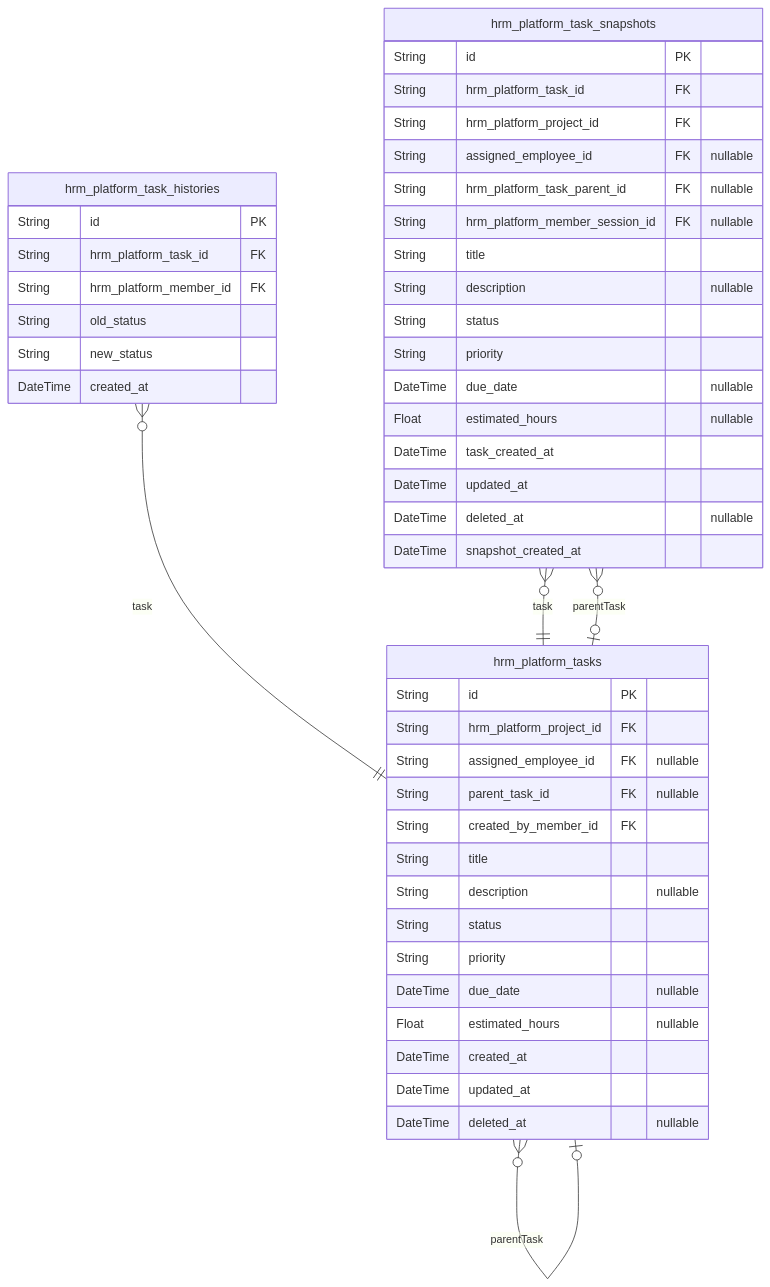
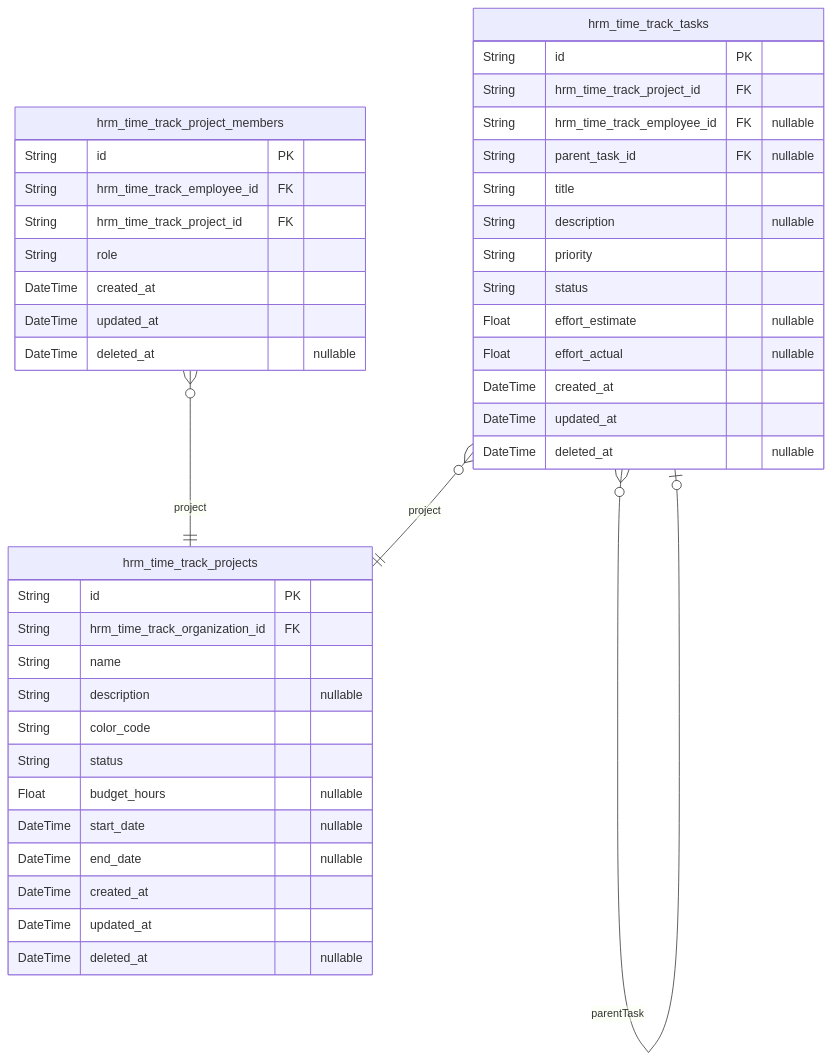
The third of 5 diagrams in qwen/qwen3.5-27b/erp/docs/ERD.md (wrtnlabs/autobe-examples), drawn with Mermaid before and after one commit. The commit also changed other lines of this file and 32093 other files, not shown here.

````diff
--- a/qwen/qwen3.5-27b/erp/docs/ERD.md
+++ b/qwen/qwen3.5-27b/erp/docs/ERD.md
@@ -1311,49 +1091,44 @@
 ```mermaid
 erDiagram
-"hrm_platform_tasks" {
+"hrm_time_track_projects" {
   String id PK
-  String hrm_platform_project_id FK
-  String assigned_employee_id FK "nullable"
-  String parent_task_id FK "nullable"
-  String created_by_member_id FK
-  String title
+  String hrm_time_track_organization_id FK
+  String name
   String description "nullable"
+  String color_code
   String status
-  String priority
-  DateTime due_date "nullable"
-  Float estimated_hours "nullable"
+  Float budget_hours "nullable"
+  DateTime start_date "nullable"
+  DateTime end_date "nullable"
   DateTime created_at
   DateTime updated_at
   DateTime deleted_at "nullable"
 }
-"hrm_platform_task_histories" {
+"hrm_time_track_project_members" {
   String id PK
-  String hrm_platform_task_id FK
-  String hrm_platform_member_id FK
-  String old_status
-  String new_status
+  String hrm_time_track_employee_id FK
+  String hrm_time_track_project_id FK
+  String role
   DateTime created_at
+  DateTime updated_at
+  DateTime deleted_at "nullable"
 }
-"hrm_platform_task_snapshots" {
+"hrm_time_track_tasks" {
   String id PK
-  String hrm_platform_task_id FK
-  String hrm_platform_project_id FK
-  String assigned_employee_id FK "nullable"
-  String hrm_platform_task_parent_id FK "nullable"
-  String hrm_platform_member_session_id FK "nullable"
+  String hrm_time_track_project_id FK
+  String hrm_time_track_employee_id FK "nullable"
+  String parent_task_id FK "nullable"
   String title
   String description "nullable"
+  String priority
   String status
-  String priority
-  DateTime due_date "nullable"
-  Float estimated_hours "nullable"
-  DateTime task_created_at
+  Float effort_estimate "nullable"
+  Float effort_actual "nullable"
+  DateTime created_at
   DateTime updated_at
   DateTime deleted_at "nullable"
-  DateTime snapshot_created_at
 }
-"hrm_platform_tasks" }o--o| "hrm_platform_tasks" : parentTask
-"hrm_platform_task_histories" }o--|| "hrm_platform_tasks" : task
-"hrm_platform_task_snapshots" }o--|| "hrm_platform_tasks" : task
-"hrm_platform_task_snapshots" }o--o| "hrm_platform_tasks" : parentTask
+"hrm_time_track_project_members" }o--|| "hrm_time_track_projects" : project
+"hrm_time_track_tasks" }o--|| "hrm_time_track_projects" : project
+"hrm_time_track_tasks" }o--o| "hrm_time_track_tasks" : parentTask
 ```
````
